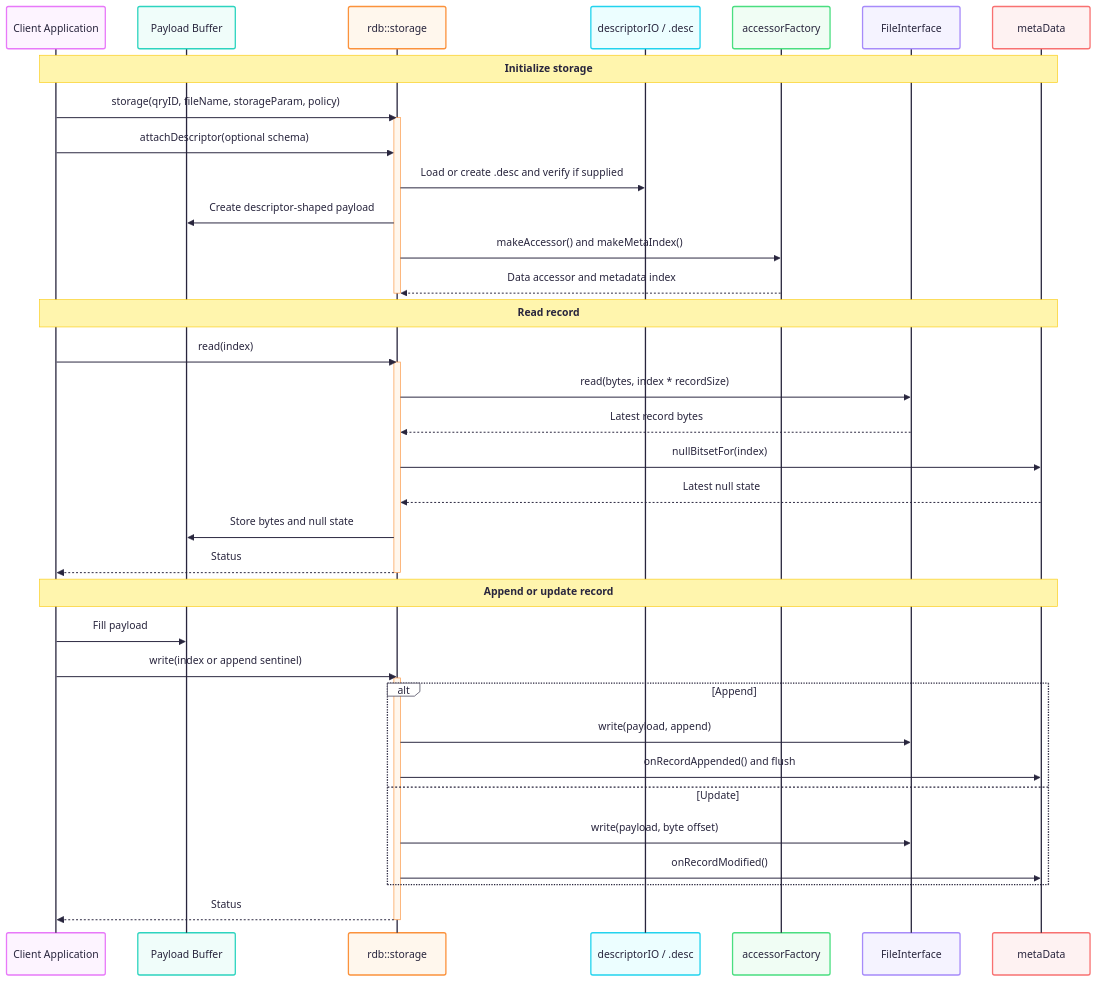
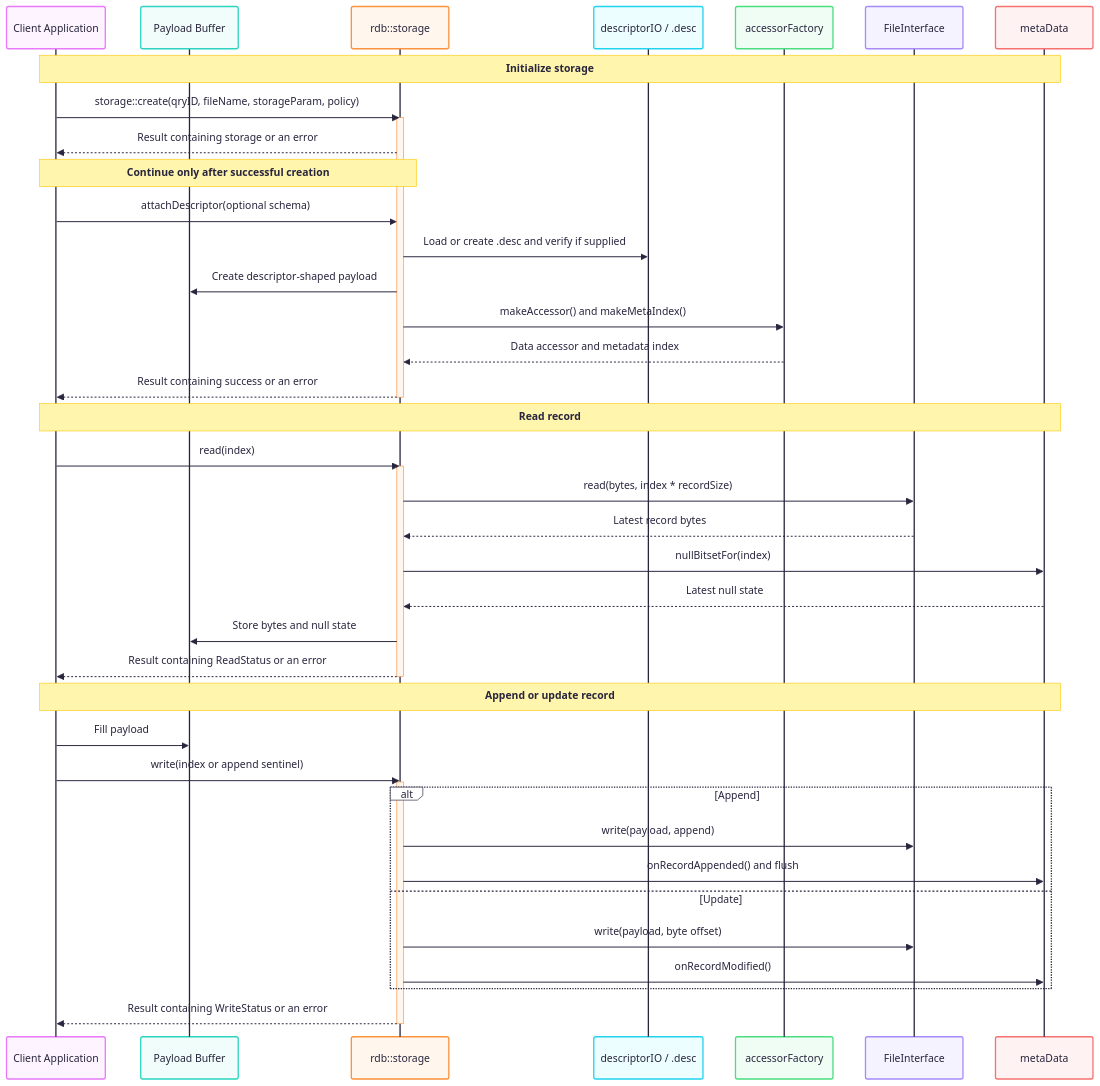
One commit to michalwidera/retractordb changed the sixth of 7 diagrams in src/rdb/README.md. Above: the diagram before and after it, drawn with Mermaid. The commit also changed other lines of this file, not shown here.

````diff
--- a/src/rdb/README.md
+++ b/src/rdb/README.md
@@ -746,46 +754,49 @@
 ```mermaid
 %%{init: {'theme': 'redux-color', "flowchart" : { "curve" : "basis" } } }%%
 sequenceDiagram
     participant Client as Client Application
     participant Payload as Payload Buffer
     participant Rdb as rdb::storage
     participant Description as descriptorIO / .desc
     participant Factory as accessorFactory
     participant Data as FileInterface
     participant Meta as metaData
     
     Note over Client,Meta: Initialize storage
-    Client->>Rdb: storage(qryID, fileName, storageParam, policy)
+    Client->>Rdb: storage::create(qryID, fileName, storageParam, policy)
     activate Rdb
+    Rdb-->>Client: Result containing storage or an error
+    Note over Client,Rdb: Continue only after successful creation
     Client->>Rdb: attachDescriptor(optional schema)
     Rdb->>Description: Load or create .desc and verify if supplied
     Rdb->>Payload: Create descriptor-shaped payload
     Rdb->>Factory: makeAccessor() and makeMetaIndex()
     Factory-->>Rdb: Data accessor and metadata index
+    Rdb-->>Client: Result containing success or an error
     deactivate Rdb
     
     Note over Client,Meta: Read record
     Client->>Rdb: read(index)
     activate Rdb
     Rdb->>Data: read(bytes, index * recordSize)
     Data-->>Rdb: Latest record bytes
     Rdb->>Meta: nullBitsetFor(index)
     Meta-->>Rdb: Latest null state
     Rdb->>Payload: Store bytes and null state
-    Rdb-->>Client: Status
+    Rdb-->>Client: Result containing ReadStatus or an error
     deactivate Rdb
     
     Note over Client,Meta: Append or update record
     Client->>Payload: Fill payload
     Client->>Rdb: write(index or append sentinel)
     activate Rdb
     alt Append
         Rdb->>Data: write(payload, append)
         Rdb->>Meta: onRecordAppended() and flush
     else Update
         Rdb->>Data: write(payload, byte offset)
         Rdb->>Meta: onRecordModified()
     end
-    Rdb-->>Client: Status
+    Rdb-->>Client: Result containing WriteStatus or an error
     deactivate Rdb
 ```
````
